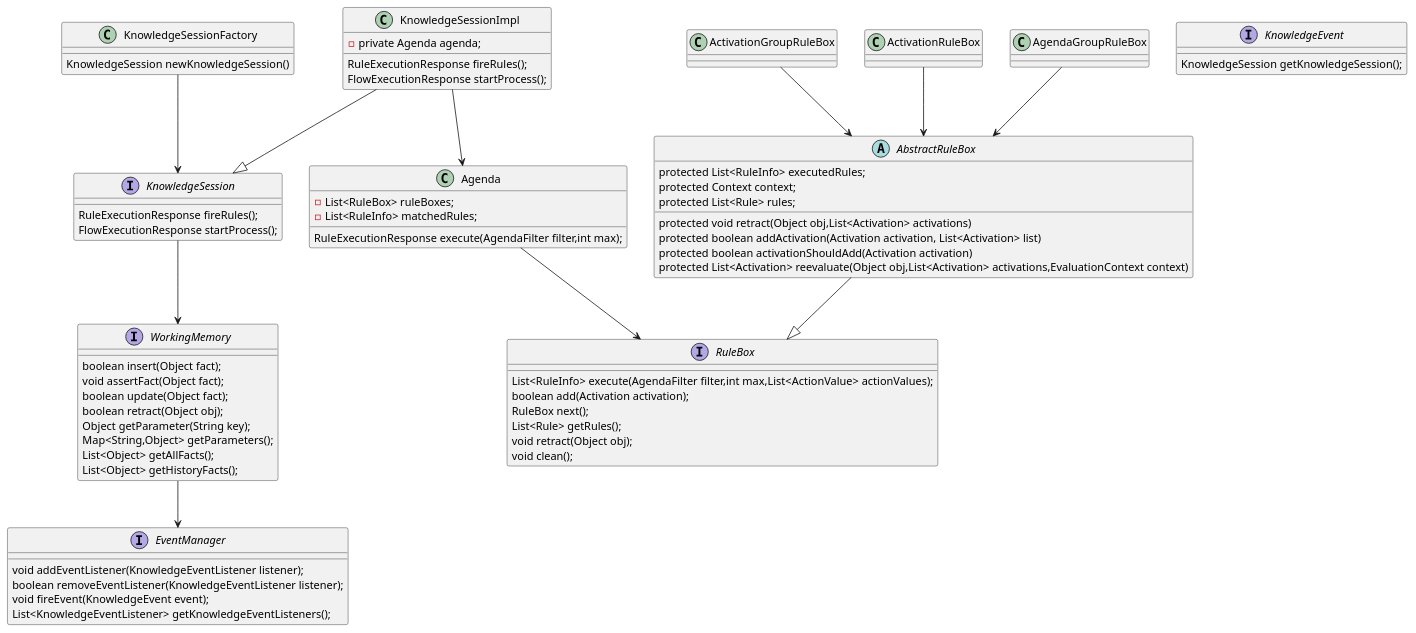
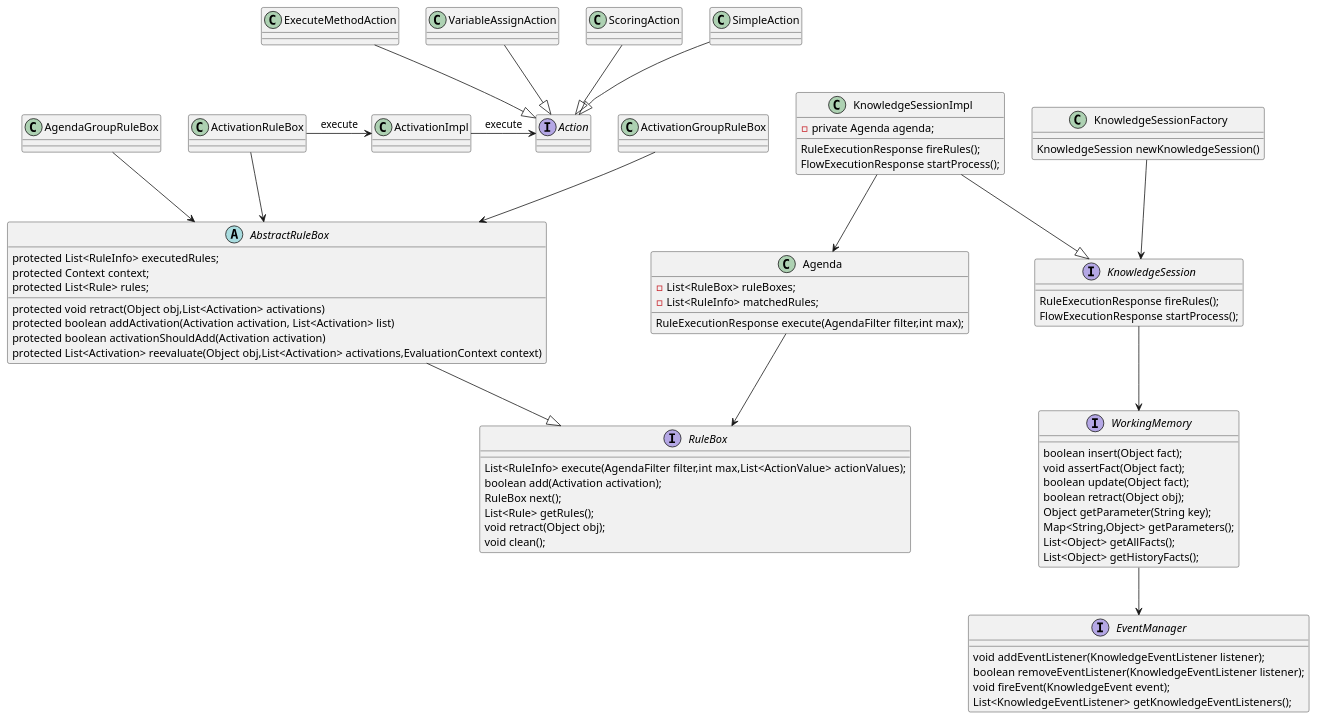
One commit to apaqi/urule changed the diagram in urule-core/core-class.puml. Above: the diagram before and after it, drawn with PlantUML. The commit also changed 1 other file, not shown here.

Commit message:
完善core类图
完善core类图

```diff
--- a/urule-core/core-class.puml
+++ b/urule-core/core-class.puml
@@ -1,85 +1,107 @@
 @startuml
 class KnowledgeSessionFactory{
   KnowledgeSession newKnowledgeSession()
 }
 
 interface EventManager{
     void addEventListener(KnowledgeEventListener listener);
 	boolean removeEventListener(KnowledgeEventListener listener);
 	void fireEvent(KnowledgeEvent event);
 	List<KnowledgeEventListener> getKnowledgeEventListeners();
 }
 
 interface WorkingMemory{
     boolean insert(Object fact);
 	void assertFact(Object fact);
 	boolean update(Object fact);
 	boolean retract(Object obj);
 	Object getParameter(String key);
 	Map<String,Object> getParameters();
 	List<Object> getAllFacts();
 	List<Object> getHistoryFacts();
 }
 
 interface KnowledgeSession{
     RuleExecutionResponse fireRules();
     FlowExecutionResponse startProcess();
 }
 class KnowledgeSessionImpl{
     -private Agenda agenda;
     RuleExecutionResponse fireRules();
     FlowExecutionResponse startProcess();
 }
 class Agenda{
  - List<RuleBox> ruleBoxes;
  - List<RuleInfo> matchedRules;
  RuleExecutionResponse execute(AgendaFilter filter,int max);
 }
 
 interface RuleBox{
 	List<RuleInfo> execute(AgendaFilter filter,int max,List<ActionValue> actionValues);
 	boolean add(Activation activation);
 	RuleBox next();
 	List<Rule> getRules();
 	void retract(Object obj);
 	void clean();
 }
 
 Abstract class AbstractRuleBox{
     protected List<RuleInfo> executedRules;
 	protected Context context;
 	protected List<Rule> rules;
 
 	protected void retract(Object obj,List<Activation> activations)
 	protected boolean addActivation(Activation activation, List<Activation> list)
 	protected boolean activationShouldAdd(Activation activation)
 	protected List<Activation> reevaluate(Object obj,List<Activation> activations,EvaluationContext context)
 }
 
 class ActivationGroupRuleBox{
 
 }
 class ActivationRuleBox{
 
 }
 
 class AgendaGroupRuleBox{
 
 }
-'''todo '''
-interface KnowledgeEvent{
-    KnowledgeSession getKnowledgeSession();
+''' todo '''
+'''interface KnowledgeEvent{
+'''    KnowledgeSession getKnowledgeSession();
+'''}
+
+class ActivationImpl{
+}
+
+interface Action{
+
+}
+
+class ExecuteMethodAction{
 }
 
 KnowledgeSessionFactory --> KnowledgeSession
 WorkingMemory -->EventManager
 KnowledgeSession-->WorkingMemory
 KnowledgeSessionImpl --|> KnowledgeSession
 KnowledgeSessionImpl-->Agenda
 Agenda-->RuleBox
 AbstractRuleBox --|> RuleBox
 
 ActivationGroupRuleBox --> AbstractRuleBox
 ActivationRuleBox --> AbstractRuleBox
 AgendaGroupRuleBox --> AbstractRuleBox
+
+ActivationRuleBox->ActivationImpl :execute
+
+
+ActivationImpl->Action :execute
+'''action 实现类'''
+ExecuteMethodAction --|> Action
+VariableAssignAction --|> Action
+ScoringAction --|> Action
+SimpleAction --|> Action
+
+
 @enduml
```
